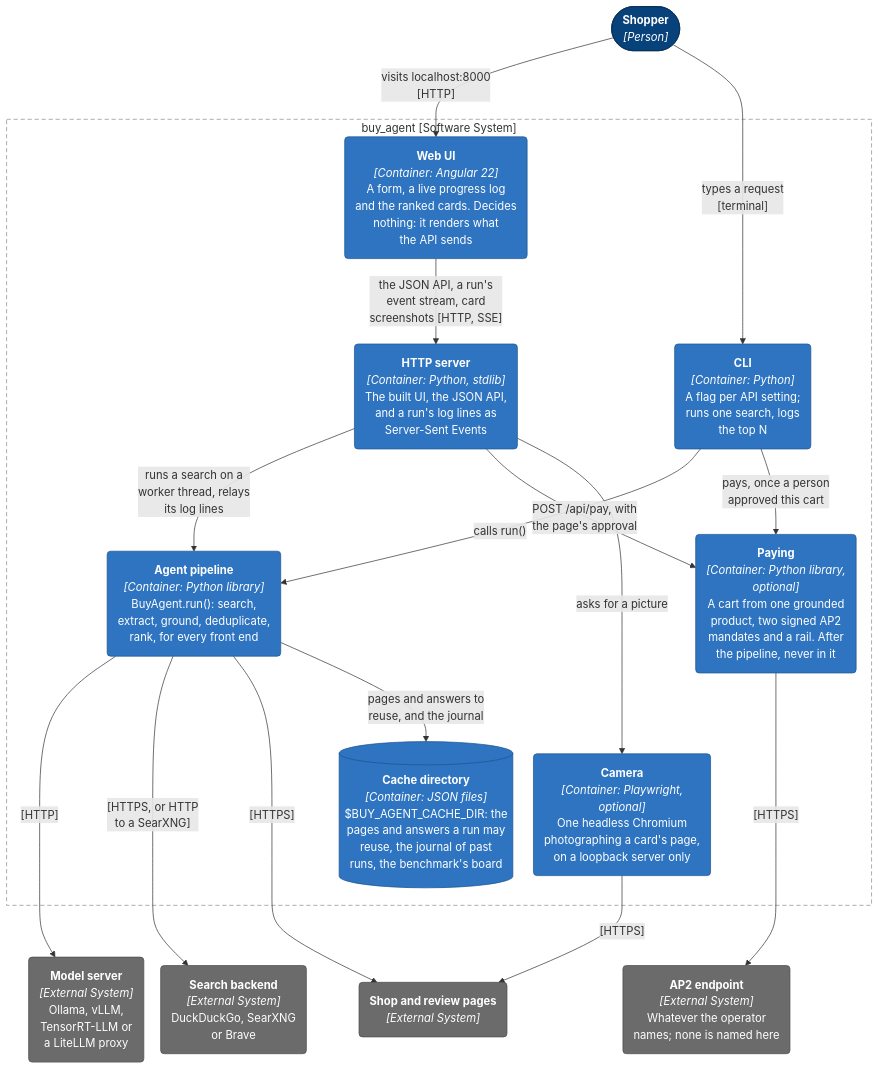
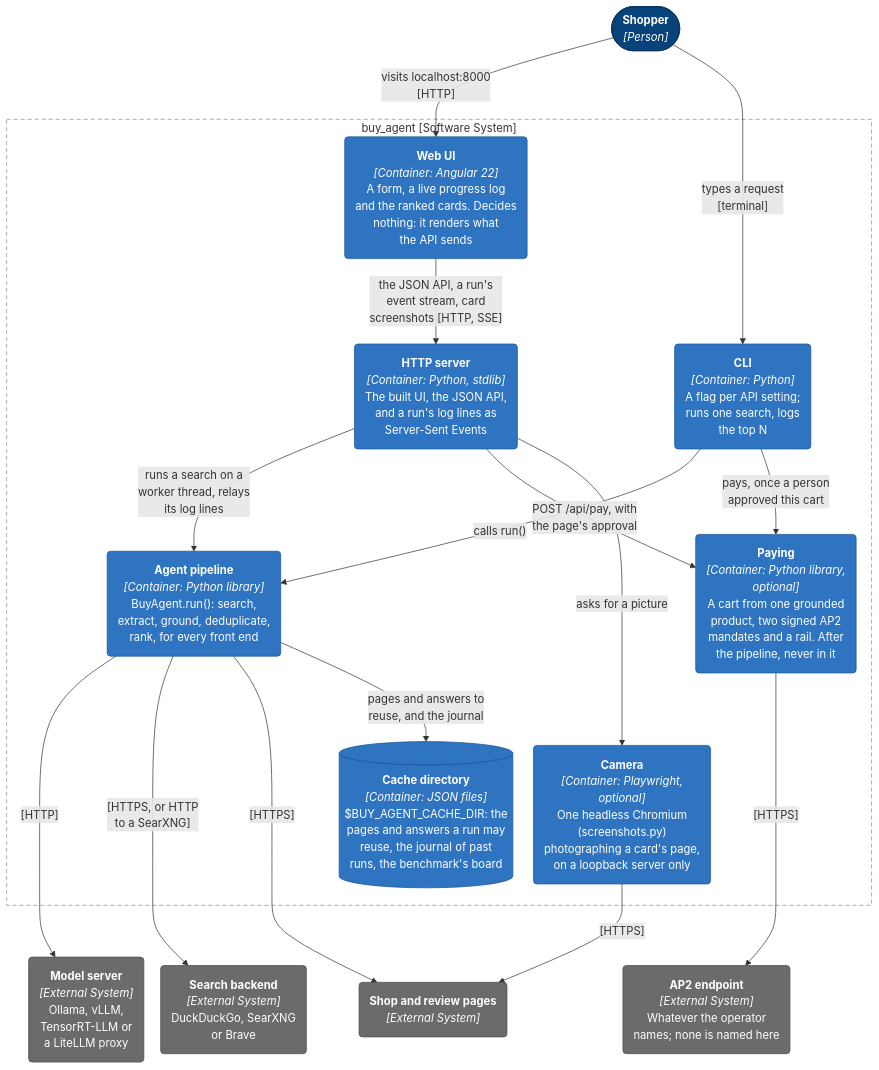
Before and after one commit to adamw7/buy_agent: the third of 11 diagrams in docs/architecture.md, drawn with Mermaid. The commit also changed 6 other files, not shown here.

````diff
--- a/docs/architecture.md
+++ b/docs/architecture.md
@@ -97,51 +97,51 @@
 ```mermaid
 ---
 config:
   flowchart:
     wrappingWidth: 400
     nodeSpacing: 24
     rankSpacing: 50
 ---
 graph TB
     shopper(["<b>Shopper</b><br/><i>[Person]</i>"])
 
     subgraph system["buy_agent [Software System]"]
         spa("<b>Web UI</b><br/><i>[Container: Angular 22]</i><br/>A form, a live progress log<br/>and the ranked cards. Decides<br/>nothing: it renders what<br/>the API sends")
         cli("<b>CLI</b><br/><i>[Container: Python]</i><br/>A flag per API setting;<br/>runs one search, logs<br/>the top N")
         server("<b>HTTP server</b><br/><i>[Container: Python, stdlib]</i><br/>The built UI, the JSON API,<br/>and a run's log lines as<br/>Server-Sent Events")
         paying("<b>Paying</b><br/><i>[Container: Python library,<br/>optional]</i><br/>A cart from one grounded<br/>product, two signed AP2<br/>mandates and a rail. After<br/>the pipeline, never in it")
         pipeline("<b>Agent pipeline</b><br/><i>[Container: Python library]</i><br/>BuyAgent.run(): search,<br/>extract, ground, deduplicate,<br/>rank, for every front end")
-        camera("<b>Camera</b><br/><i>[Container: Playwright,<br/>optional]</i><br/>One headless Chromium<br/>photographing a card's page,<br/>on a loopback server only")
+        camera("<b>Camera</b><br/><i>[Container: Playwright,<br/>optional]</i><br/>One headless Chromium<br/>(screenshots.py)<br/>photographing a card's page,<br/>on a loopback server only")
         store[("<b>Cache directory</b><br/><i>[Container: JSON files]</i><br/>$BUY_AGENT_CACHE_DIR: the<br/>pages and answers a run may<br/>reuse, the journal of past<br/>runs, the benchmark's board")]
     end
 
     ollama("<b>Model server</b><br/><i>[External System]</i><br/>Ollama, vLLM,<br/>TensorRT-LLM or<br/>a LiteLLM proxy")
     ddg("<b>Search backend</b><br/><i>[External System]</i><br/>DuckDuckGo, SearXNG<br/>or Brave")
     shops("<b>Shop and review pages</b><br/><i>[External System]</i>")
     counterparty("<b>AP2 endpoint</b><br/><i>[External System]</i><br/>Whatever the operator<br/>names; none is named here")
 
     shopper -->|"visits localhost:8000<br/>[HTTP]"| spa
     shopper -->|"types a request<br/>[terminal]"| cli
     spa -->|"the JSON API, a run's<br/>event stream, card<br/>screenshots [HTTP, SSE]"| server
     cli -->|"calls run()"| pipeline
     server -->|"runs a search on a<br/>worker thread, relays<br/>its log lines"| pipeline
     cli -->|"pays, once a person<br/>approved this cart"| paying
     server -->|"POST /api/pay, with<br/>the page's approval"| paying
     server -->|"asks for a picture"| camera
 
     pipeline -->|"[HTTP]"| ollama
     pipeline -->|"[HTTPS, or HTTP<br/>to a SearXNG]"| ddg
     pipeline -->|"[HTTPS]"| shops
     pipeline -->|"pages and answers to<br/>reuse, and the journal"| store
     paying -->|"[HTTPS]"| counterparty
     camera -->|"[HTTPS]"| shops
     store ~~~ ollama & ddg & shops & counterparty
 
     classDef person fill:#08427b,stroke:#052e56,color:#fff
     classDef container fill:#2e74c0,stroke:#1d5390,color:#fff
     classDef external fill:#6b6b6b,stroke:#4d4d4d,color:#fff
     class shopper person
     class cli,spa,server,pipeline,paying,camera,store container
     class ollama,ddg,shops,counterparty external
     style system fill:none,stroke:#8c8c8c,stroke-width:1px,stroke-dasharray:6 4
 ```
````
